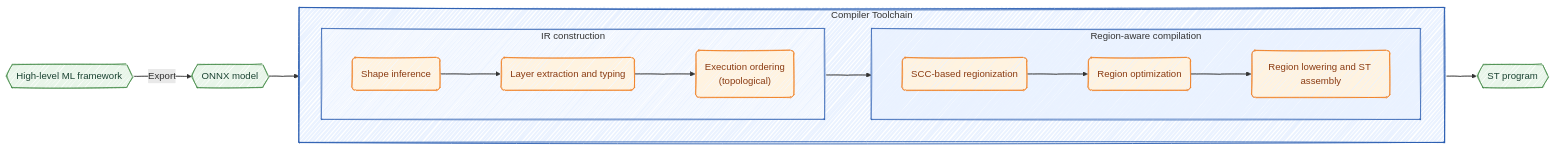
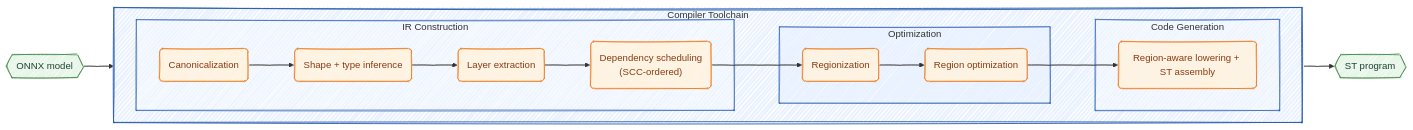
One commit to TheRealNestor/ml2plc changed the diagram in imgs/pipeline.md. Above: the diagram before and after it, drawn with Mermaid. The commit also changed 5 other files, not shown here.

Commit message:
small refactor and updated pipeline diagram

````diff
--- a/imgs/pipeline.md
+++ b/imgs/pipeline.md
@@ -1,42 +1,51 @@
 ```mermaid
 %%{init: {'look': 'handDrawn', 'theme': 'default'}}%%
 flowchart LR
+
     %% --- Styling ---
     classDef rep shape:hexagon,fill:#e8f5e9,stroke:#2e7d32,stroke-width:1px,color:#1b4332
     classDef action shape:rounded,fill:#fff3e0,stroke:#ef6c00,stroke-width:1px,color:#8a3b12
 
     %% --- Nodes ---
-    Source{{High-level ML framework}}:::rep
     Input{{ONNX model}}:::rep
     Output{{ST program}}:::rep
 
-    Shape("Shape inference"):::action
-    BuildIR("Layer extraction and typing"):::action
-    Order("Execution ordering\n(topological)"):::action
-    Regionize("SCC-based regionization"):::action
+    %% --- IR construction ---
+    Canon("Canonicalization"):::action
+    Infer("Shape + type inference"):::action
+    Extract("Layer extraction"):::action
+    Order("Dependency scheduling\n(SCC-ordered)"):::action
+
+    %% --- Optimization ---
+    Regionize("Regionization"):::action
     Optimize("Region optimization"):::action
-    Lower("Region lowering and ST assembly"):::action
+
+    %% --- Codegen ---
+    Lower("Region-aware lowering + ST assembly"):::action
 
     %% --- Connections ---
-    Source -->|Export| Input
-    Input --> Shape
+    Input --> Canon
 
     subgraph Toolchain ["Compiler Toolchain"]
         direction LR
-        subgraph IRBuildGroup ["IR construction"]
-            direction LR
-            Shape --> BuildIR --> Order
+
+        subgraph IRStage ["IR Construction"]
+            Canon --> Infer --> Extract --> Order
         end
 
-        subgraph RegionFlowGroup ["Region-aware compilation"]
-            direction LR
-            Order --> Regionize --> Optimize --> Lower
+        subgraph OptStage ["Optimization"]
+            Order --> Regionize --> Optimize
+        end
+
+        subgraph CodegenStage ["Code Generation"]
+            Optimize --> Lower
         end
     end
 
     style Toolchain fill:#eaf2ff,stroke:#2a5db0,stroke-width:1.5px
-    style IRBuildGroup fill:#f4f8ff,stroke:#2a5db0,stroke-width:1px
-    style RegionFlowGroup fill:#eaf2ff,stroke:#2a5db0,stroke-width:1px
+    style IRStage fill:#f4f8ff,stroke:#2a5db0,stroke-width:1px
+    style OptStage fill:#eaf2ff,stroke:#2a5db0,stroke-width:1px
+    style CodegenStage fill:#f4f8ff,stroke:#2a5db0,stroke-width:1px
 
     Lower --> Output
 ```
````
